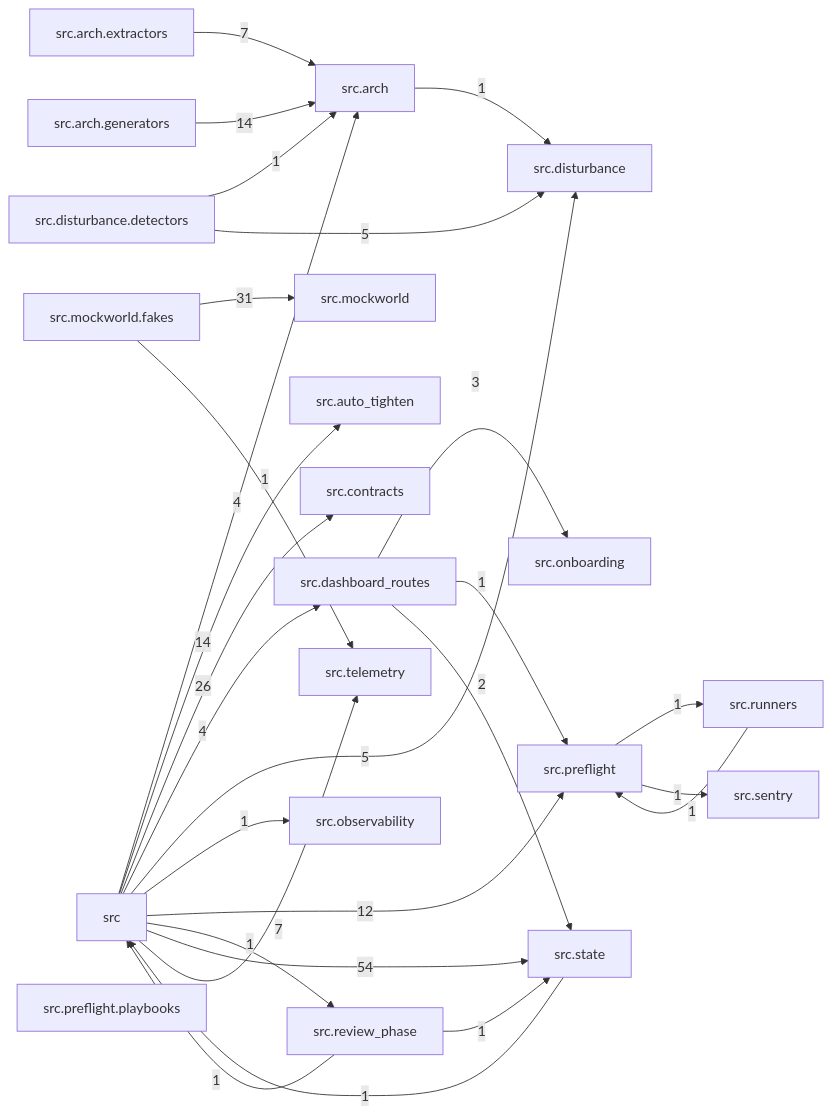
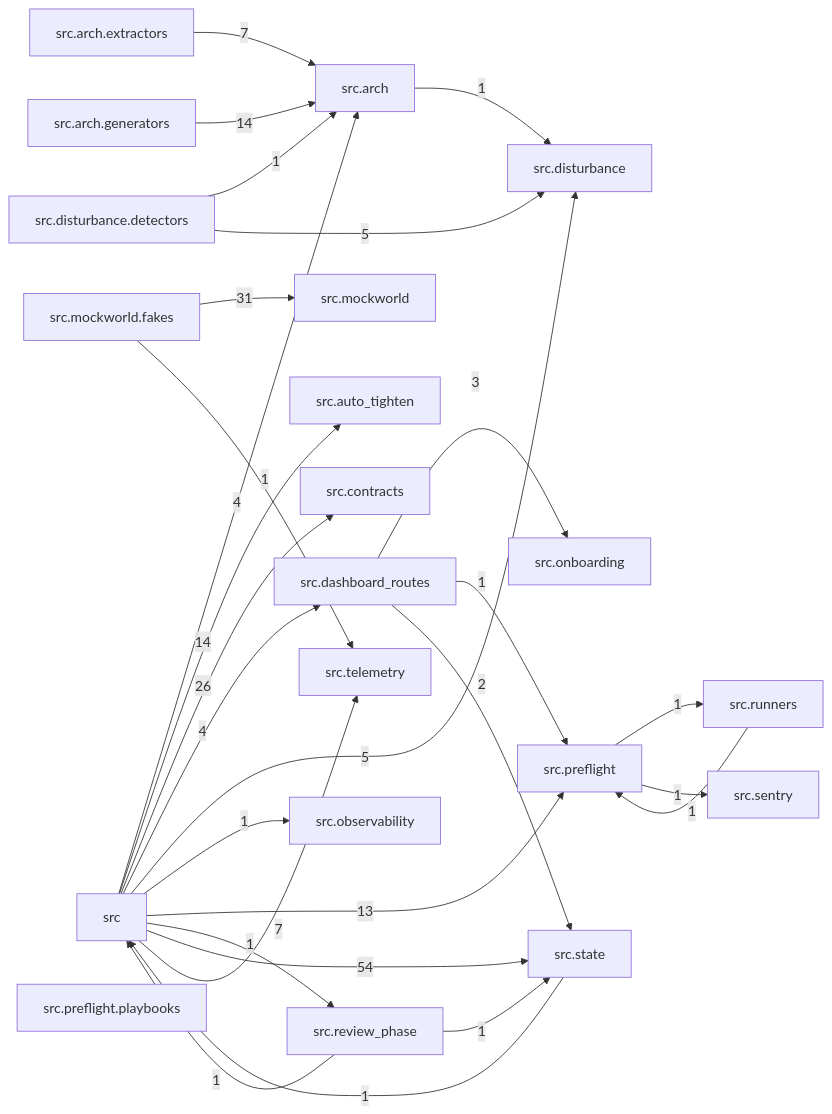
One commit to T-rav/hydraflow changed the diagram in docs/arch/generated/modules.md. Above: the diagram before and after it, drawn with Mermaid. The commit also changed 12 other files, not shown here.

````diff
--- a/docs/arch/generated/modules.md
+++ b/docs/arch/generated/modules.md
@@ -7,49 +7,49 @@
 ```mermaid
 graph LR
     src["src"]
     src_arch["src.arch"]
     src_arch_extractors["src.arch.extractors"]
     src_arch_generators["src.arch.generators"]
     src_auto_tighten["src.auto_tighten"]
     src_contracts["src.contracts"]
     src_dashboard_routes["src.dashboard_routes"]
     src_disturbance["src.disturbance"]
     src_disturbance_detectors["src.disturbance.detectors"]
     src_mockworld["src.mockworld"]
     src_mockworld_fakes["src.mockworld.fakes"]
     src_observability["src.observability"]
     src_onboarding["src.onboarding"]
     src_preflight["src.preflight"]
     src_preflight_playbooks["src.preflight.playbooks"]
     src_review_phase["src.review_phase"]
     src_runners["src.runners"]
     src_sentry["src.sentry"]
     src_state["src.state"]
     src_telemetry["src.telemetry"]
     src -- "4" --> src_arch
     src -- "14" --> src_auto_tighten
     src -- "26" --> src_contracts
     src -- "4" --> src_dashboard_routes
     src -- "5" --> src_disturbance
     src -- "1" --> src_observability
-    src -- "12" --> src_preflight
+    src -- "13" --> src_preflight
     src -- "1" --> src_review_phase
     src -- "54" --> src_state
     src -- "7" --> src_telemetry
     src_arch -- "1" --> src_disturbance
     src_arch_extractors -- "7" --> src_arch
     src_arch_generators -- "14" --> src_arch
     src_dashboard_routes -- "3" --> src_onboarding
     src_dashboard_routes -- "1" --> src_preflight
     src_dashboard_routes -- "2" --> src_state
     src_disturbance_detectors -- "1" --> src_arch
     src_disturbance_detectors -- "5" --> src_disturbance
     src_mockworld_fakes -- "31" --> src_mockworld
     src_mockworld_fakes -- "1" --> src_telemetry
     src_preflight -- "1" --> src_runners
     src_preflight -- "1" --> src_sentry
     src_review_phase -- "1" --> src
     src_review_phase -- "1" --> src_state
     src_runners -- "1" --> src_preflight
     src_state -- "1" --> src
 ```
````
